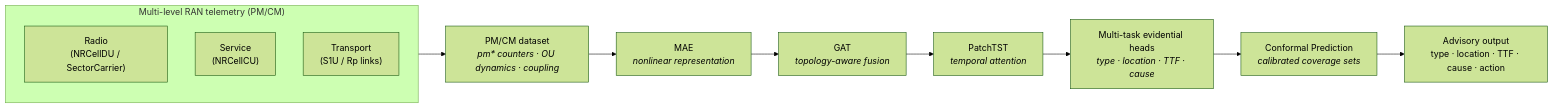
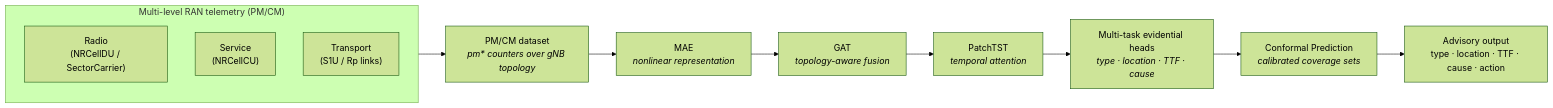
The first of 4 diagrams in docs/SYSTEM_DESIGN.md (basillicus/autofm), drawn with Mermaid (forest theme) before and after one commit. The commit also changed other lines of this file and 2 other files, not shown here.

````diff
--- a/docs/SYSTEM_DESIGN.md
+++ b/docs/SYSTEM_DESIGN.md
@@ -122,16 +123,16 @@
 ```mermaid
 flowchart LR
     subgraph TELE["Multi-level RAN telemetry (PM/CM)"]
         RADIO["Radio<br/>(NRCellDU / SectorCarrier)"]
         SVC["Service<br/>(NRCellCU)"]
         TRANS["Transport<br/>(S1U / Rp links)"]
     end
 
-    TELE --> DG["PM/CM dataset<br/><i>pm* counters · OU dynamics · coupling</i>"]
+    TELE --> DG["PM/CM dataset<br/><i>pm* counters over gNB topology</i>"]
     DG --> MAE["MAE<br/><i>nonlinear representation</i>"]
     MAE --> GAT["GAT<br/><i>topology-aware fusion</i>"]
     GAT --> PTST["PatchTST<br/><i>temporal attention</i>"]
     PTST --> HEADS["Multi-task evidential heads<br/><i>type · location · TTF · cause</i>"]
     HEADS --> CP["Conformal Prediction<br/><i>calibrated coverage sets</i>"]
     CP --> ADV["Advisory output<br/>type · location · TTF · cause · action"]
 ```
````
